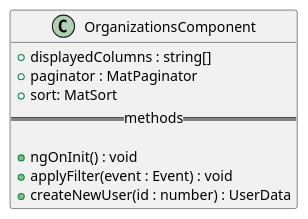
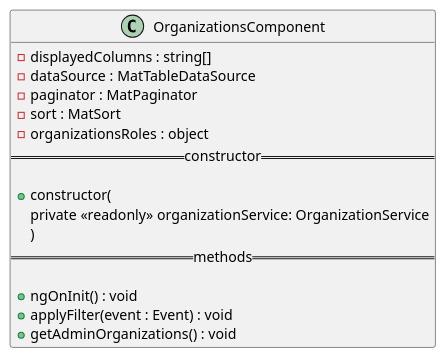
One commit to GruppOne/stalker-web-app changed the diagram in docs/diagrams/view/routes/OrganizationsComponent.pu. Above: the diagram before and after it, drawn with PlantUML. The commit also changed 6 other files, not shown here.

Commit message:
docs: add new diagrams

```diff
--- a/docs/diagrams/view/routes/OrganizationsComponent.pu
+++ b/docs/diagrams/view/routes/OrganizationsComponent.pu
@@ -1,12 +1,19 @@
 @startuml OrganizationsComponent diagram
 class OrganizationsComponent {
-  + displayedColumns : string[]
-  + paginator : MatPaginator
-  + sort: MatSort
+  - displayedColumns : string[]
+  - dataSource : MatTableDataSource
+  - paginator : MatPaginator
+  - sort : MatSort
+  - organizationsRoles : object
+  ==constructor==
+
+  + constructor(
+    private <<readonly>> organizationService: OrganizationService
+    )
   ==methods==
 
   + ngOnInit() : void
   + applyFilter(event : Event) : void
-  + createNewUser(id : number) : UserData
+  + getAdminOrganizations() : void
 }
 @enduml
```
